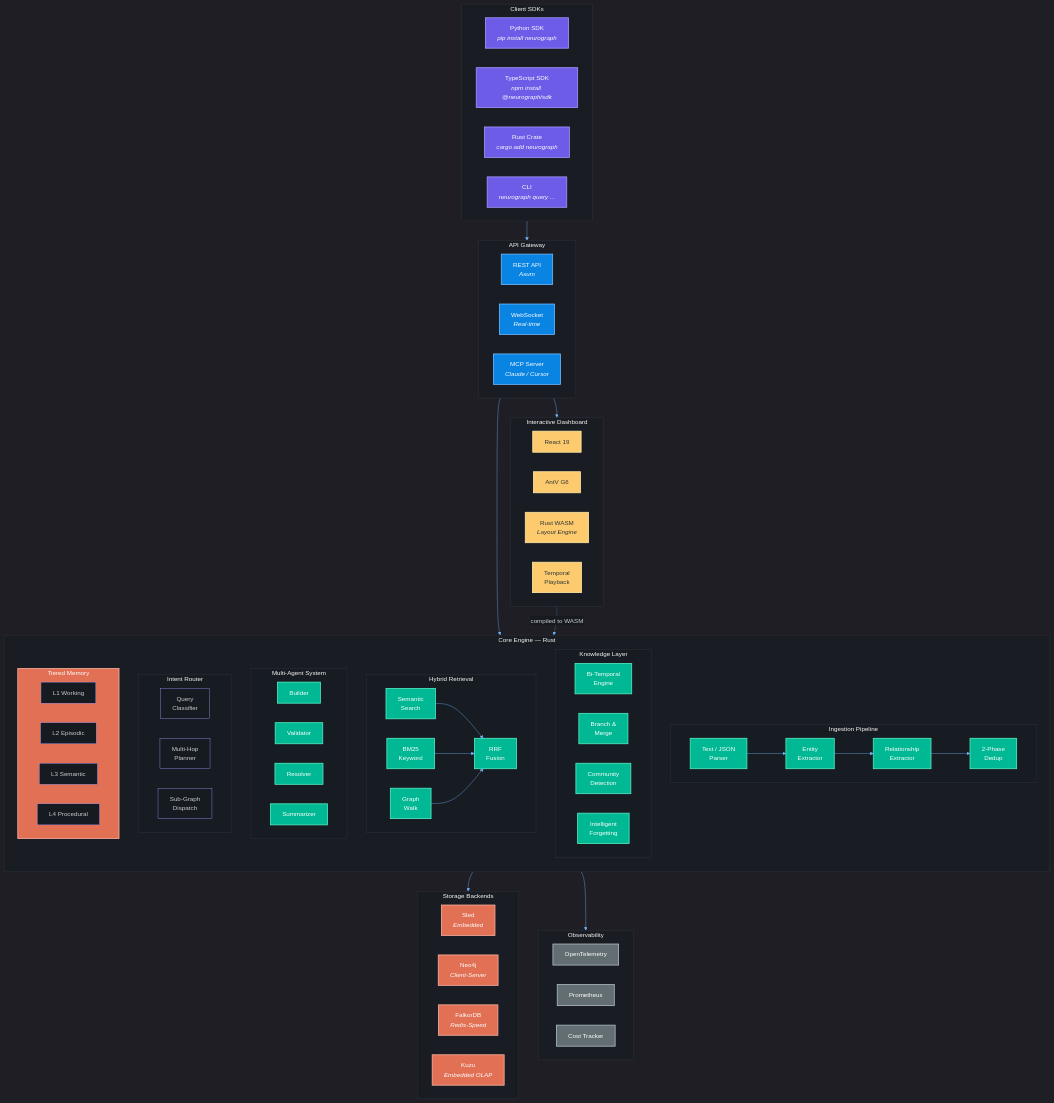
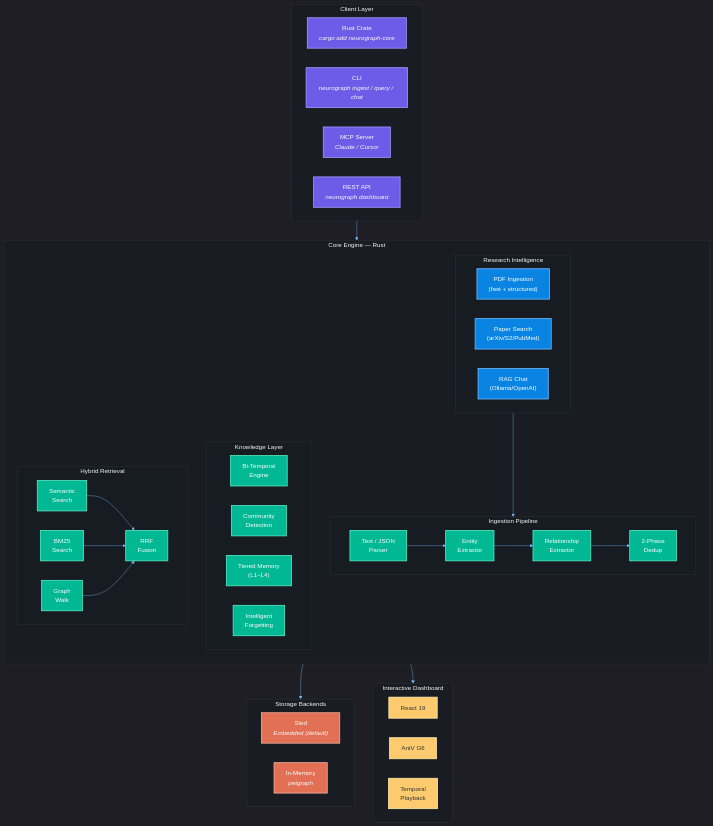
Before and after one commit to neurographai/neurograph: the diagram in README.md, drawn with Mermaid. The commit also changed other lines of this file and 42 other files, not shown here.

First line of the commit message:
feat: integrate Research Intelligence Platform

````diff
--- a/README.md
+++ b/README.md
@@ -54,23 +36,23 @@
 %%{init: {'theme': 'dark', 'themeVariables': {'primaryColor': '#6C5CE7', 'primaryTextColor': '#DFE6E9', 'primaryBorderColor': '#A29BFE', 'lineColor': '#74B9FF', 'secondaryColor': '#00CEC9', 'tertiaryColor': '#2D3436', 'background': '#0D1117', 'mainBkg': '#161B22', 'nodeBorder': '#A29BFE', 'clusterBkg': '#161B2288', 'clusterBorder': '#30363D', 'titleColor': '#F8F8F2', 'edgeLabelBackground': '#161B22'}}}%%
 
 graph TB
-    subgraph CLIENTS["Client SDKs"]
+    subgraph CLIENTS["Client Layer"]
         direction LR
-        PY["Python SDK<br/><i>pip install neurograph</i>"]
-        TS["TypeScript SDK<br/><i>npm install @neurograph/sdk</i>"]
-        RS["Rust Crate<br/><i>cargo add neurograph</i>"]
-        CLI["CLI<br/><i>neurograph query ...</i>"]
-    end
-
-    subgraph GATEWAY["API Gateway"]
-        direction LR
-        REST["REST API<br/><i>Axum</i>"]
-        WS["WebSocket<br/><i>Real-time</i>"]
+        RS["Rust Crate<br/><i>cargo add neurograph-core</i>"]
+        CLI["CLI<br/><i>neurograph ingest / query / chat</i>"]
         MCP["MCP Server<br/><i>Claude / Cursor</i>"]
+        API["REST API<br/><i>neurograph dashboard</i>"]
     end
 
     subgraph ENGINE["Core Engine — Rust"]
         direction TB
+
+        subgraph RESEARCH["Research Intelligence"]
+            direction LR
+            PDF["PDF Ingestion<br/>(fast + structured)"]
+            SEARCH["Paper Search<br/>(arXiv/S2/PubMed)"]
+            RAG["RAG Chat<br/>(Ollama/OpenAI)"]
+        end
 
         subgraph INGESTION["Ingestion Pipeline"]
             direction LR
@@ -83,90 +65,52 @@
         subgraph KNOWLEDGE["Knowledge Layer"]
             direction LR
             TEMPORAL["Bi-Temporal<br/>Engine"]
-            BRANCH["Branch &<br/>Merge"]
             COMMUNITY["Community<br/>Detection"]
+            MEMORY["Tiered Memory<br/>(L1–L4)"]
             DECAY["Intelligent<br/>Forgetting"]
         end
 
         subgraph RETRIEVAL["Hybrid Retrieval"]
             direction LR
             SEMANTIC["Semantic<br/>Search"]
-            BM25["BM25<br/>Keyword"]
+            BM25["BM25<br/>Search"]
             GRAPH_WALK["Graph<br/>Walk"]
             RRF["RRF<br/>Fusion"]
-        end
-
-        subgraph AGENT_SYS["Multi-Agent System"]
-            direction LR
-            BUILDER["Builder"]
-            VALIDATOR["Validator"]
-            RESOLVER["Resolver"]
-            SUMMARIZER["Summarizer"]
-        end
-
-        subgraph INTENT["Intent Router"]
-            direction LR
-            CLASSIFY["Query<br/>Classifier"]
-            PLANNER["Multi-Hop<br/>Planner"]
-            ROUTER["Sub-Graph<br/>Dispatch"]
-        end
-
-        subgraph MEMORY["Tiered Memory"]
-            direction LR
-            L1["L1 Working"]
-            L2["L2 Episodic"]
-            L3["L3 Semantic"]
-            L4["L4 Procedural"]
         end
     end
 
     subgraph STORAGE["Storage Backends"]
         direction LR
-        SLED["Sled<br/><i>Embedded</i>"]
-        NEO4J["Neo4j<br/><i>Client-Server</i>"]
-        FALKOR["FalkorDB<br/><i>Redis-Speed</i>"]
-        KUZU["Kuzu<br/><i>Embedded OLAP</i>"]
-        MEMORY["In-Memory<br/><i>petgraph</i>"]
+        SLED["Sled<br/><i>Embedded (default)</i>"]
+        MEMORY_DRV["In-Memory<br/><i>petgraph</i>"]
     end
 
     subgraph DASHBOARD["Interactive Dashboard"]
         direction LR
         REACT["React 19"]
         G6["AntV G6"]
-        WASM["Rust WASM<br/><i>Layout Engine</i>"]
         TIMELINE["Temporal<br/>Playback"]
     end
 
-    subgraph OBSERVE["Observability"]
-        direction LR
-        OTEL["OpenTelemetry"]
-        PROM["Prometheus"]
-        COST["Cost Tracker"]
-    end
+    CLIENTS --> ENGINE
+    ENGINE --> STORAGE
+    ENGINE --> DASHBOARD
 
-    CLIENTS --> GATEWAY
-    GATEWAY --> ENGINE
-    ENGINE --> STORAGE
-    ENGINE --> OBSERVE
-    GATEWAY --> DASHBOARD
-    WASM -.->|"compiled to WASM"| ENGINE
-
+    PDF --> PARSER
     PARSER --> NER --> REL --> DEDUP
     SEMANTIC --> RRF
     BM25 --> RRF
     GRAPH_WALK --> RRF
 
     classDef clientNode fill:#6C5CE7,stroke:#A29BFE,color:#fff,stroke-width:2px
-    classDef gatewayNode fill:#0984E3,stroke:#74B9FF,color:#fff,stroke-width:2px
     classDef engineNode fill:#00B894,stroke:#55EFC4,color:#fff,stroke-width:2px
+    classDef researchNode fill:#0984E3,stroke:#74B9FF,color:#fff,stroke-width:2px
     classDef storageNode fill:#E17055,stroke:#FAB1A0,color:#fff,stroke-width:2px
     classDef dashNode fill:#FDCB6E,stroke:#FFEAA7,color:#2D3436,stroke-width:2px
-    classDef observeNode fill:#636E72,stroke:#B2BEC3,color:#fff,stroke-width:2px
 
-    class PY,TS,RS,CLI clientNode
-    class REST,WS,MCP gatewayNode
-    class PARSER,NER,REL,DEDUP,TEMPORAL,BRANCH,COMMUNITY,DECAY,SEMANTIC,BM25,GRAPH_WALK,RRF,BUILDER,VALIDATOR,RESOLVER,SUMMARIZER engineNode
-    class SLED,NEO4J,FALKOR,KUZU,MEMORY storageNode
-    class REACT,G6,WASM,TIMELINE dashNode
-    class OTEL,PROM,COST observeNode
+    class RS,CLI,MCP,API clientNode
+    class PARSER,NER,REL,DEDUP,TEMPORAL,COMMUNITY,MEMORY,DECAY,SEMANTIC,BM25,GRAPH_WALK,RRF engineNode
+    class PDF,SEARCH,RAG researchNode
+    class SLED,MEMORY_DRV storageNode
+    class REACT,G6,TIMELINE dashNode
 ```
````
